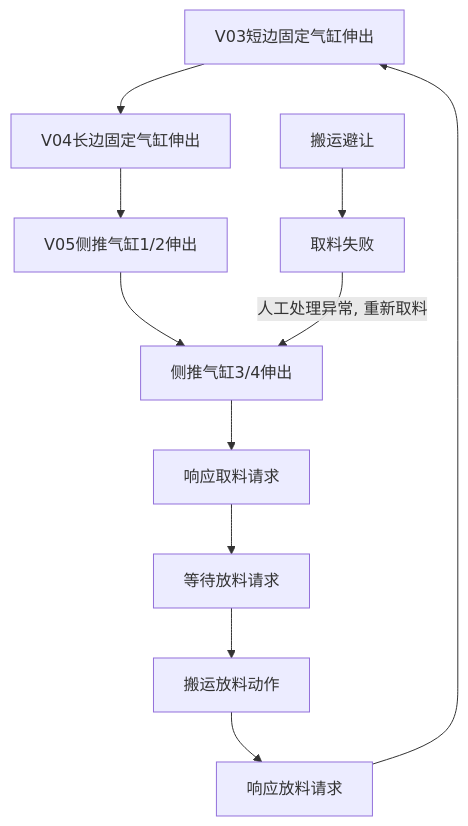
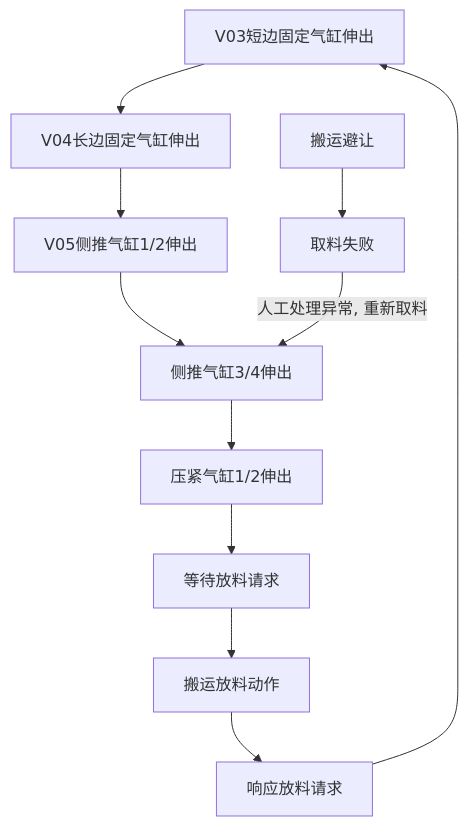
Before and after one commit to PengKun1/iodraw-files: the diagram in all/OP10气缸固定流程.md, drawn with Mermaid.

Commit message:
2024-08-05 13:50:47 update

````diff
--- a/all/OP10气缸固定流程.md
+++ b/all/OP10气缸固定流程.md
@@ -1,16 +1,16 @@
 ```mermaid
 graph TD
 10[V03短边固定气缸伸出]-->20
 20[V04长边固定气缸伸出]-->30
 30[V05侧推气缸1/2伸出]-->40
 40[侧推气缸3/4伸出]-->50
-50[响应取料请求]-->60
+50[压紧气缸1/2伸出]-->60
 60[等待放料请求]-->70
 70[搬运放料动作]-->80
 80[响应放料请求]-->10
 
 90[搬运避让]-->900
 
 900[取料失败]-->|人工处理异常, 重新取料|40
   
 ```
````
